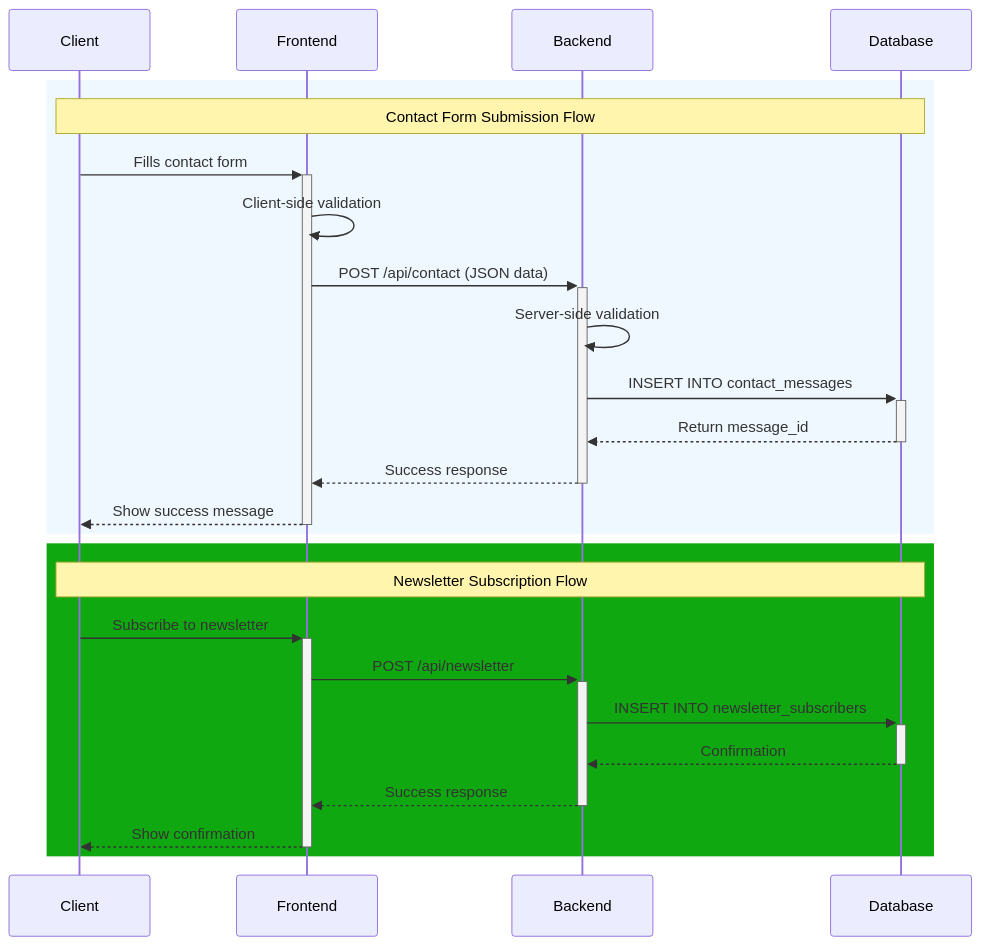
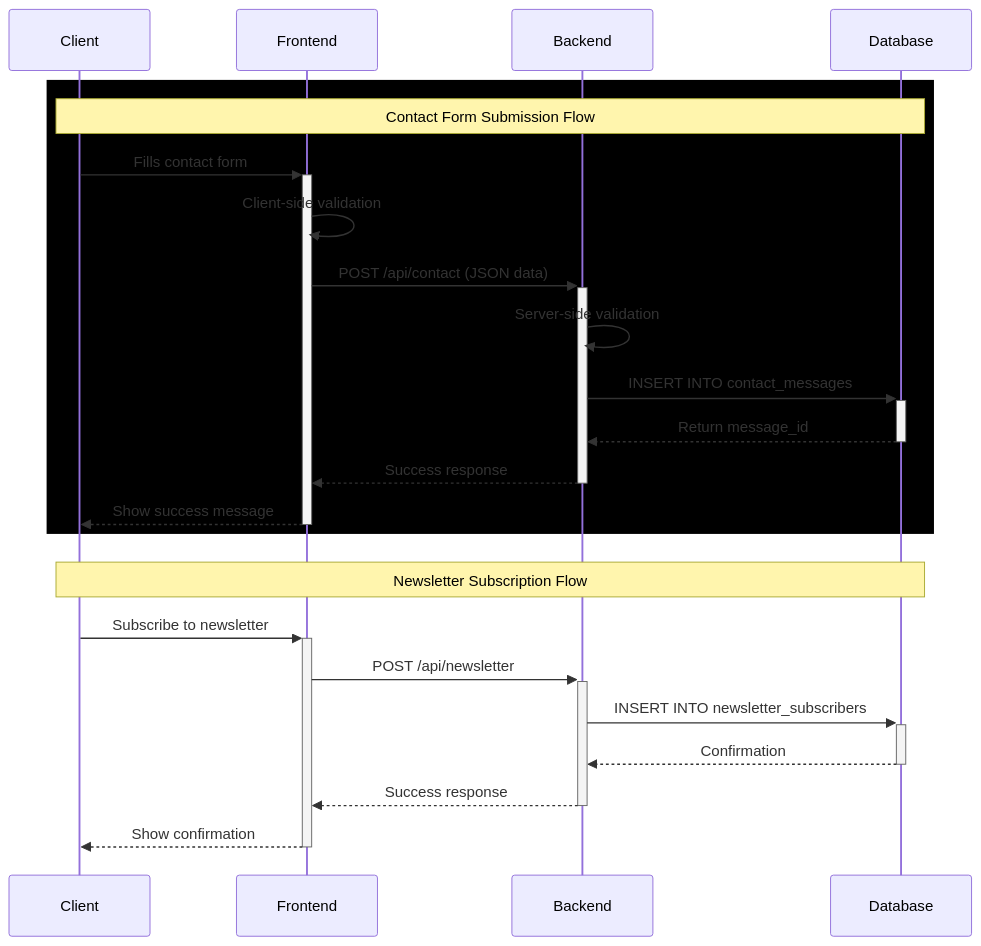
Before and after one commit to merma1509/Portfolio-Website: the second of 5 diagrams in README.md, drawn with Mermaid. The commit also changed other lines of this file, not shown here.

````diff
--- a/README.md
+++ b/README.md
@@ -114,29 +114,29 @@
 ```mermaid
 sequenceDiagram
     participant C as Client
     participant F as Frontend
     participant A as Backend
     participant D as Database
     
-    rect rgb(240, 248, 255)
+    rect rgb(0, 0, 0)
         Note over C,D: Contact Form Submission Flow
         C->>+F: Fills contact form
         F->>F: Client-side validation
         F->>+A: POST /api/contact (JSON data)
         A->>A: Server-side validation
         A->>+D: INSERT INTO contact_messages
         D-->>-A: Return message_id
         A-->>-F: Success response
         F-->>-C: Show success message
     end
     
-    rect rgb(16, 168, 16)
+    rect rgba(0, 0, 0, 0)
         Note over C,D: Newsletter Subscription Flow
         C->>+F: Subscribe to newsletter
         F->>+A: POST /api/newsletter
         A->>+D: INSERT INTO newsletter_subscribers
         D-->>-A: Confirmation
         A-->>-F: Success response
         F-->>-C: Show confirmation
     end
 ```
````
